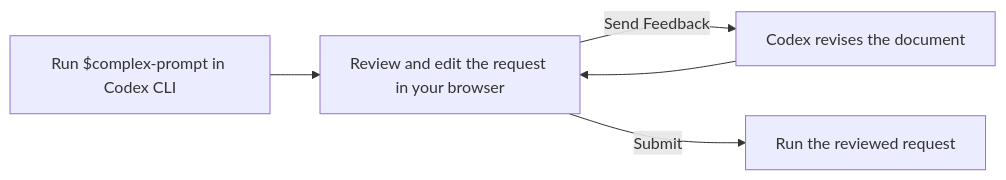
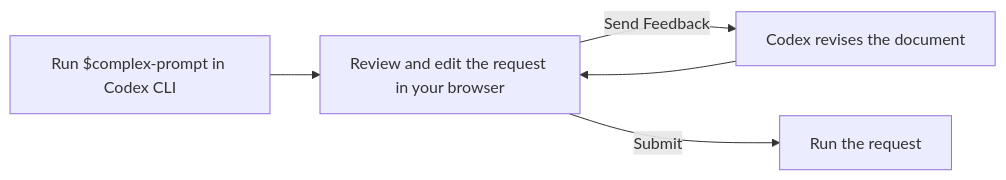
Before and after one commit to nayounsang/codex-complex-prompt: the diagram in README.md, drawn with Mermaid.

Commit message:
fix: typo in README (#89)

````diff
--- a/README.md
+++ b/README.md
@@ -15,7 +15,7 @@
 ```mermaid
 flowchart LR
     A["Run $complex-prompt in Codex CLI"] --> B[Review and edit the request in your browser]
     B -->|Send Feedback| C[Codex revises the document]
     C --> B
-    B -->|Submit| D[Run the reviewed request]
+    B -->|Submit| D[Run the request]
 ```
````
